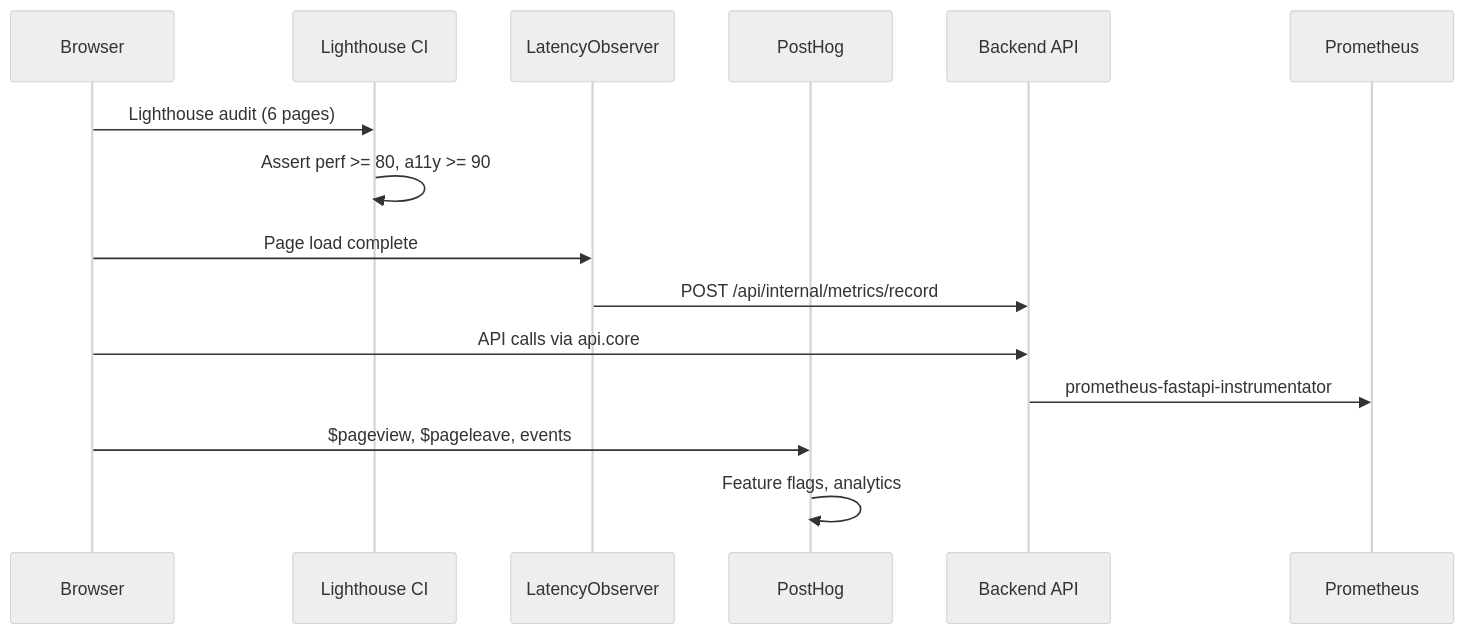
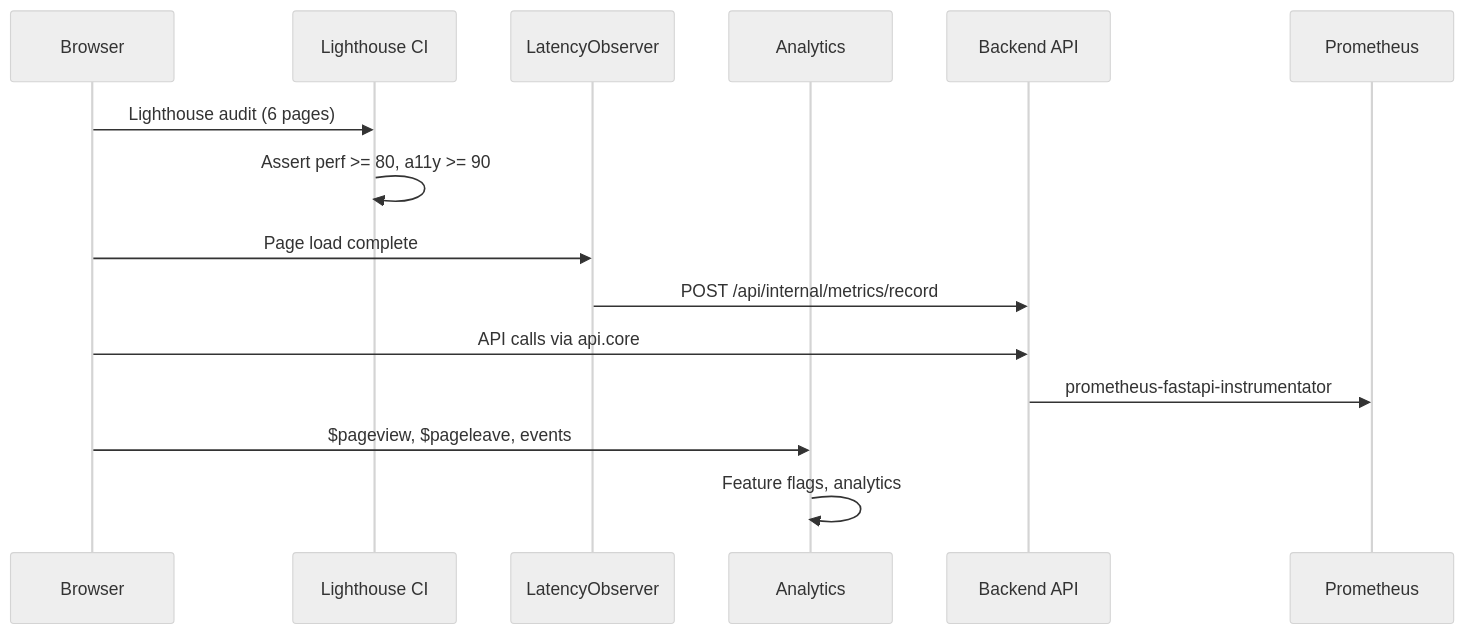
Before and after one commit to rohitkumarnaidu/ScholarFormAI: the third of 5 diagrams in docs/MONITORING_OBSERVABILITY.md, drawn with Mermaid (neutral theme). The commit also changed other lines of this file and 5 other files, not shown here.

First line of the commit message:
docs: update monitoring, scalability, and architecture docs

````diff
--- a/docs/MONITORING_OBSERVABILITY.md
+++ b/docs/MONITORING_OBSERVABILITY.md
@@ -444,21 +346,21 @@
 ```mermaid
 sequenceDiagram
     participant Browser
     participant LH as Lighthouse CI
     participant LAT as LatencyObserver
-    participant PH as PostHog
+    participant PH as Analytics
     participant API as Backend API
     participant Prom as Prometheus
 
     Browser->>LH: Lighthouse audit (6 pages)
     LH->>LH: Assert perf >= 80, a11y >= 90
 
     Browser->>LAT: Page load complete
     LAT->>API: POST /api/internal/metrics/record
 
     Browser->>API: API calls via api.core
     API->>Prom: prometheus-fastapi-instrumentator
 
     Browser->>PH: $pageview, $pageleave, events
     PH->>PH: Feature flags, analytics
 ```
````
